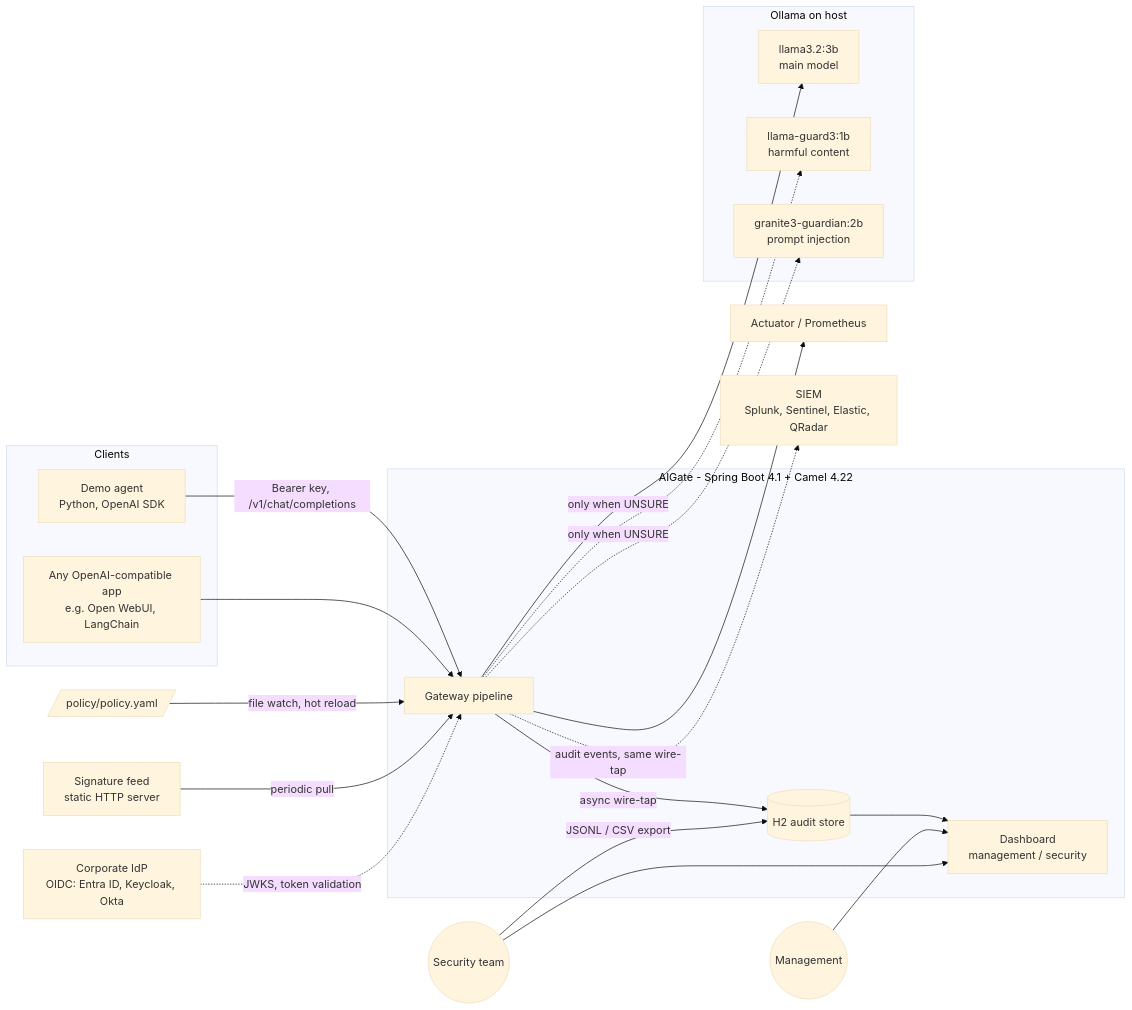
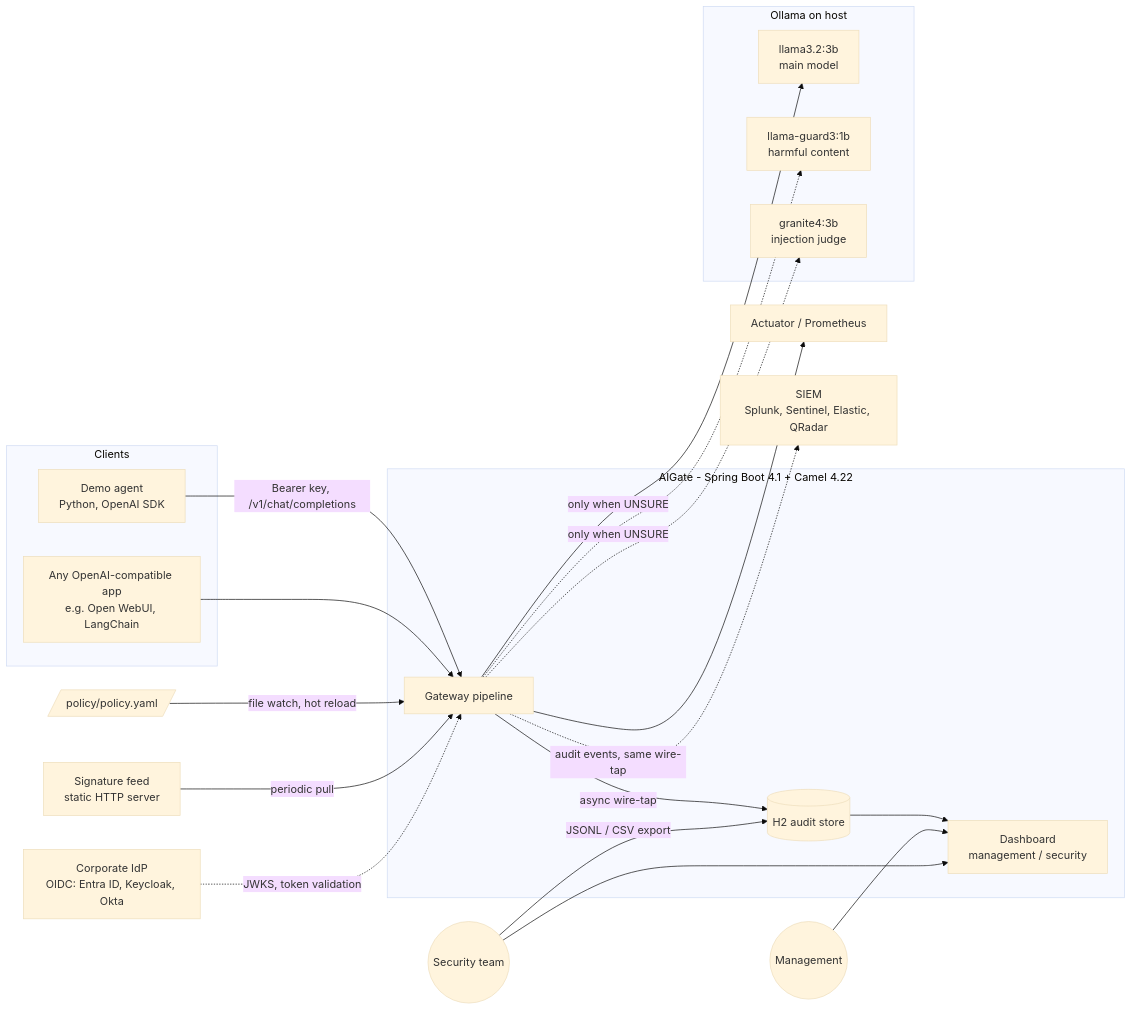
Before and after one commit to k-krawczyk/aigate: the first of 4 diagrams in docs/ARCHITECTURE.md, drawn with Mermaid (base theme). The commit also changed other lines of this file and 19 other files, not shown here.

````diff
--- a/docs/ARCHITECTURE.md
+++ b/docs/ARCHITECTURE.md
@@ -9,42 +9,42 @@
 ```mermaid
 flowchart LR
     subgraph Clients
         A1[Demo agent<br/>Python, OpenAI SDK]
         A2[Any OpenAI-compatible app<br/>e.g. Open WebUI, LangChain]
     end
 
     subgraph AIGate[AIGate - Spring Boot 4.1 + Camel 4.22]
         GW[Gateway pipeline]
         DB[(H2 audit store)]
         UI[Dashboard<br/>management / security]
     end
 
     subgraph Ollama[Ollama on host]
         M1[llama3.2:3b<br/>main model]
         G1[llama-guard3:1b<br/>harmful content]
-        G2[granite3-guardian:2b<br/>prompt injection]
+        G2[granite4:3b<br/>injection judge]
     end
 
     POL[/policy/policy.yaml/]
     FEED[Signature feed<br/>static HTTP server]
     PROM[Actuator / Prometheus]
     IDP[Corporate IdP<br/>OIDC: Entra ID, Keycloak, Okta]
     SIEM[SIEM<br/>Splunk, Sentinel, Elastic, QRadar]
 
     A1 -- "Bearer key, /v1/chat/completions" --> GW
     A2 --> GW
     GW --> M1
     GW -. only when UNSURE .-> G1
     GW -. only when UNSURE .-> G2
     POL -- file watch, hot reload --> GW
     FEED -- periodic pull --> GW
     GW -- async wire-tap --> DB
     DB --> UI
     GW --> PROM
     IDP -. JWKS, token validation .-> GW
     GW -. audit events, same wire-tap .-> SIEM
 
     MGMT((Management)) --> UI
     SEC((Security team)) --> UI
     SEC -- JSONL / CSV export --> DB
 ```
````
